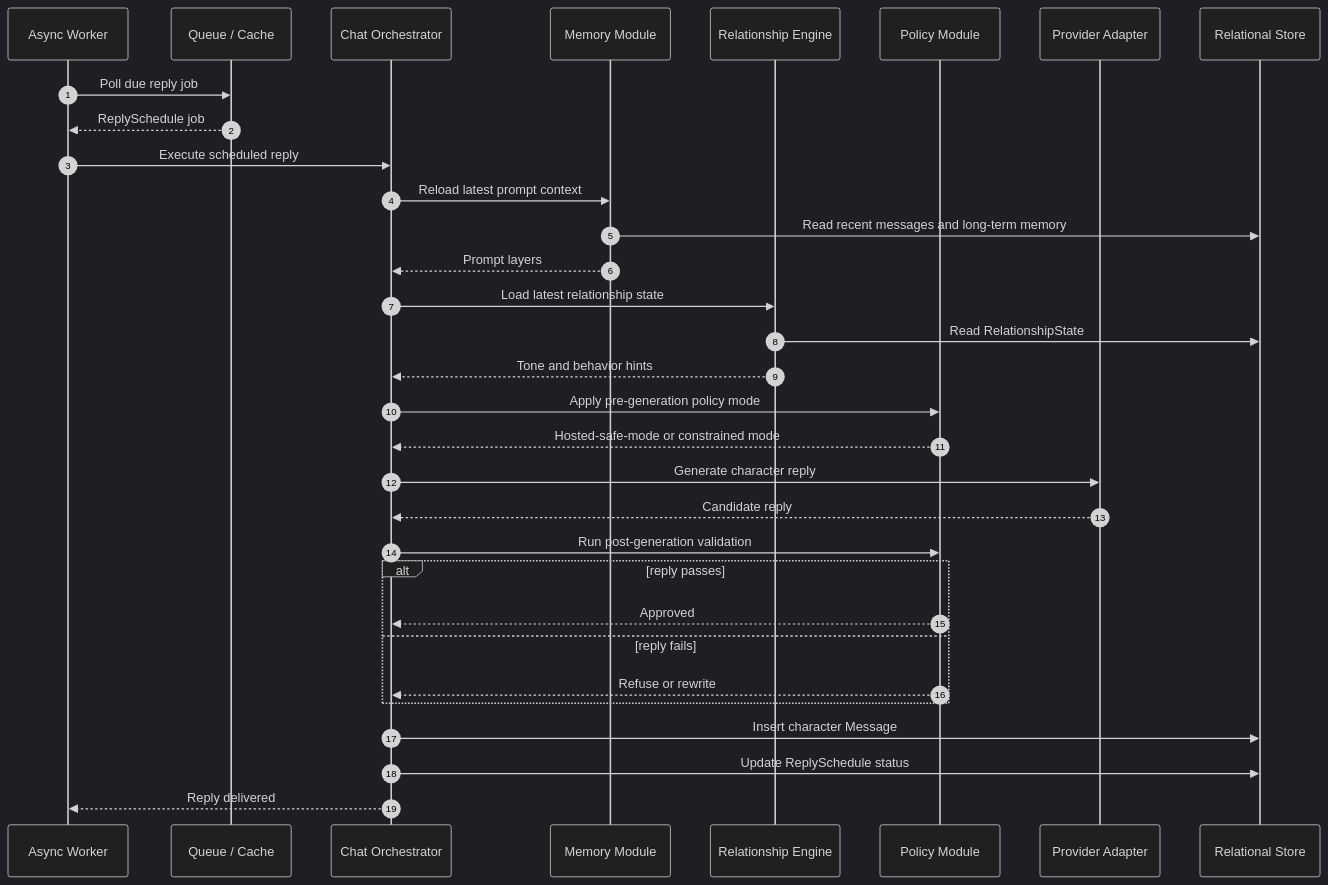
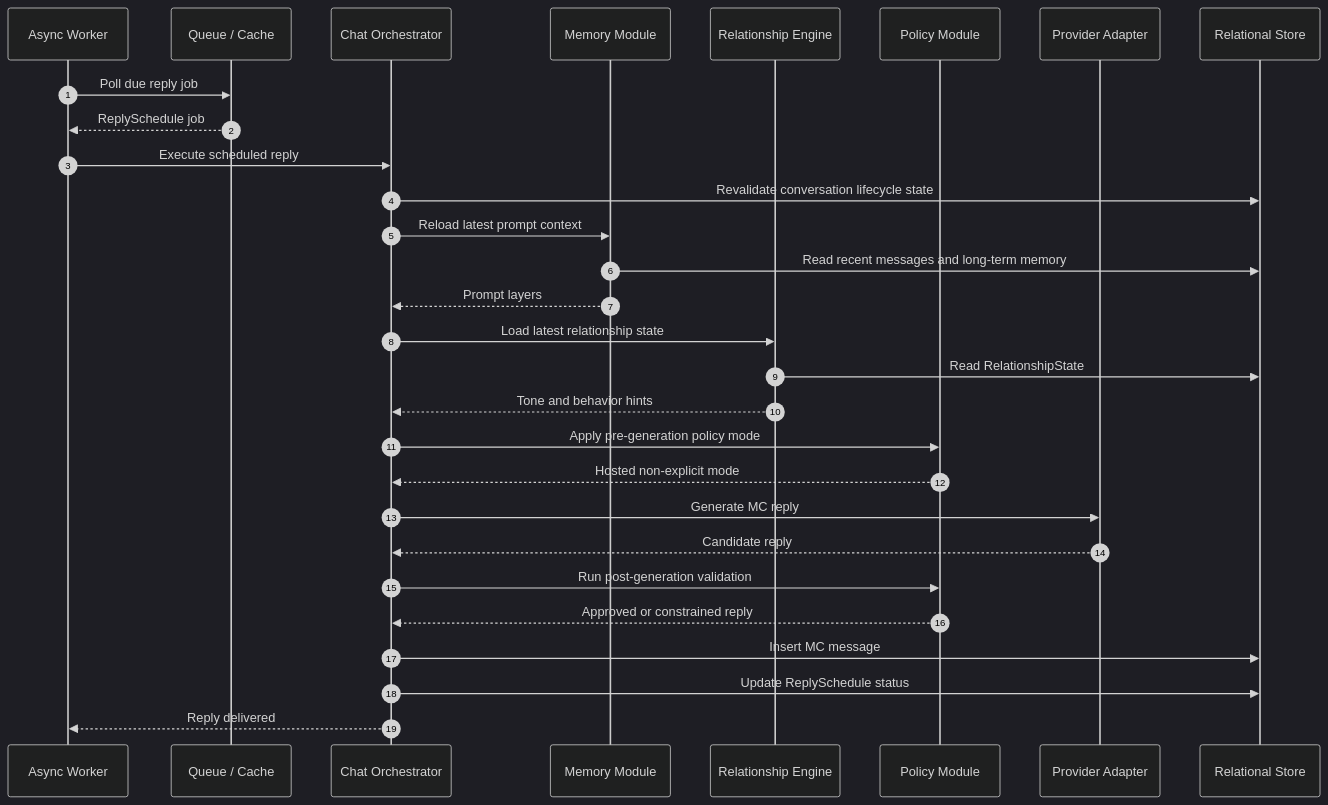
The third of 6 diagrams in docs/02_architecture/renai-game-llm-mvp-sequence-flows.md (aa-aiera/renai_docs), drawn with Mermaid (dark theme) before and after one commit. The commit also changed other lines of this file and 16 other files, not shown here.

````diff
--- a/docs/02_architecture/renai-game-llm-mvp-sequence-flows.md
+++ b/docs/02_architecture/renai-game-llm-mvp-sequence-flows.md
@@ -202,41 +124,37 @@
 ```mermaid
 sequenceDiagram
     autonumber
     participant W as Async Worker
     participant Q as Queue / Cache
     participant ORCH as Chat Orchestrator
     participant MEM as Memory Module
     participant REL as Relationship Engine
     participant POL as Policy Module
     participant LLM as Provider Adapter
     participant DB as Relational Store
 
     W->>Q: Poll due reply job
     Q-->>W: ReplySchedule job
     W->>ORCH: Execute scheduled reply
 
+    ORCH->>DB: Revalidate conversation lifecycle state
     ORCH->>MEM: Reload latest prompt context
     MEM->>DB: Read recent messages and long-term memory
     MEM-->>ORCH: Prompt layers
 
     ORCH->>REL: Load latest relationship state
     REL->>DB: Read RelationshipState
     REL-->>ORCH: Tone and behavior hints
 
     ORCH->>POL: Apply pre-generation policy mode
-    POL-->>ORCH: Hosted-safe-mode or constrained mode
+    POL-->>ORCH: Hosted non-explicit mode
 
-    ORCH->>LLM: Generate character reply
+    ORCH->>LLM: Generate MC reply
     LLM-->>ORCH: Candidate reply
+    ORCH->>POL: Run post-generation validation
+    POL-->>ORCH: Approved or constrained reply
 
-    ORCH->>POL: Run post-generation validation
-    alt reply passes
-        POL-->>ORCH: Approved
-    else reply fails
-        POL-->>ORCH: Refuse or rewrite
-    end
-
-    ORCH->>DB: Insert character Message
+    ORCH->>DB: Insert MC message
     ORCH->>DB: Update ReplySchedule status
     ORCH-->>W: Reply delivered
 ```
````
